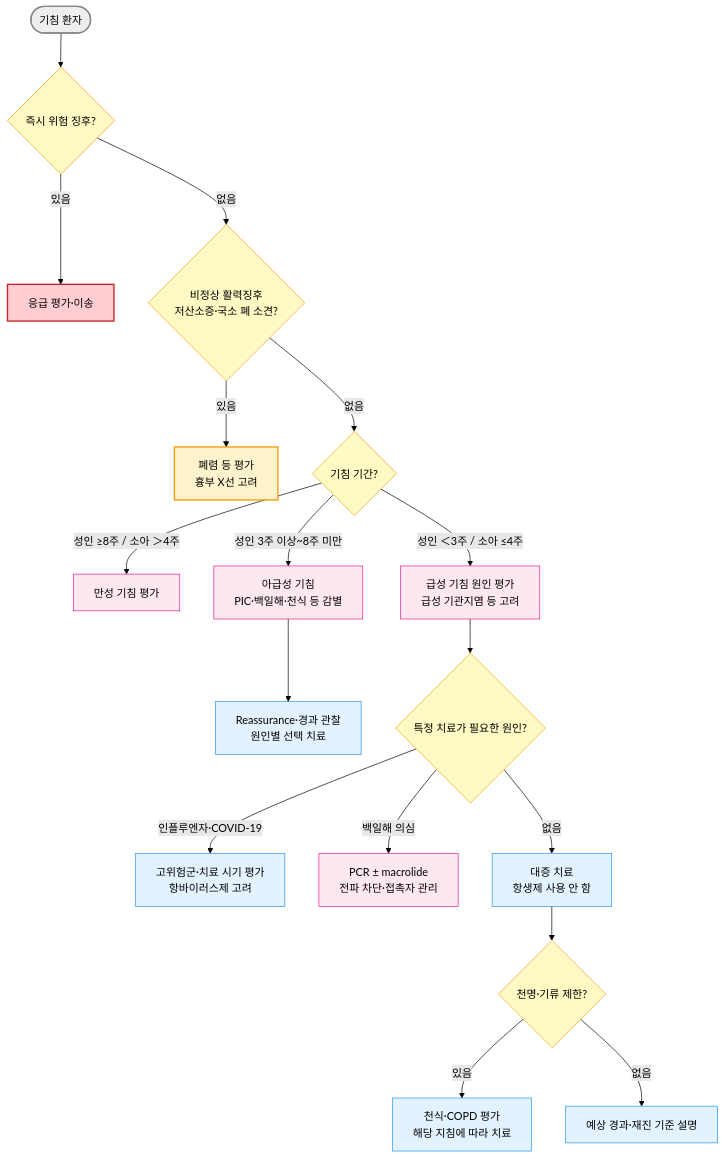
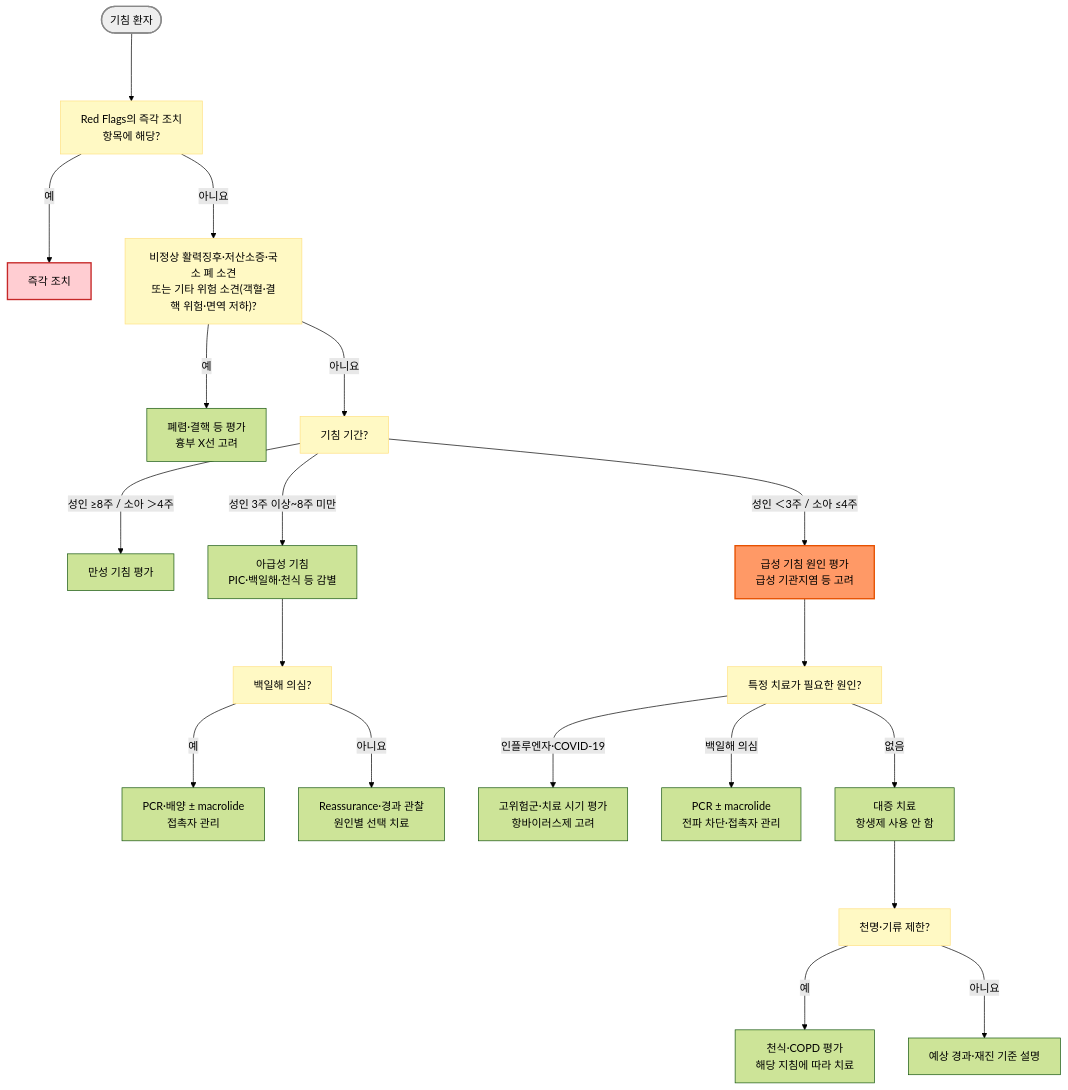
The diagram in 223_/066_-acute-bronchitis.md (familyoh77/familyoh77), drawn with Mermaid (forest theme) before and after one commit. The commit also changed other lines of this file, not shown here.

````diff
--- a/223_/066_-acute-bronchitis.md
+++ b/223_/066_-acute-bronchitis.md
@@ -108,29 +107,27 @@
 ```mermaid
-graph TD
-    A([기침 환자]) --> B{즉시 위험 징후?}
-    B -- "있음" --> C[응급 평가·이송]
-    B -- "없음" --> D{비정상 활력징후<br/>저산소증·국소 폐 소견?}
-    D -- "있음" --> E[폐렴 등 평가<br/>흉부 X선 고려]
-    D -- "없음" --> F{기침 기간?}
-    F -- "성인 ≥8주 / 소아 ＞4주" --> CC[만성 기침 평가]
-    F -- "성인 3주 이상~8주 미만" --> PIC[아급성 기침<br/>PIC·백일해·천식 등 감별]
-    F -- "성인 ＜3주 / 소아 ≤4주" --> G[급성 기침 원인 평가<br/>급성 기관지염 등 고려]
-    PIC --> PIC2[Reassurance·경과 관찰<br/>원인별 선택 치료]
-    G --> H{특정 치료가 필요한 원인?}
-    H -- "인플루엔자·COVID-19" --> AV[고위험군·치료 시기 평가<br/>항바이러스제 고려]
-    H -- "백일해 의심" --> P[PCR ± macrolide<br/>전파 차단·접촉자 관리]
-    H -- "없음" --> SUP[대증 치료<br/>항생제 사용 안 함]
-    SUP --> SX{천명·기류 제한?}
-    SX -- "있음" --> AIR[천식·COPD 평가<br/>해당 지침에 따라 치료]
-    SX -- "없음" --> FU[예상 경과·재진 기준 설명]
-style A fill:#eeeeee,stroke:#888888,stroke-width:2px
-classDef yellow fill:#fff9c4,stroke:#f39c12
-class B,D,F,H,SX yellow
-classDef pink fill:#fde8f0,stroke:#e91e8c
-class CC,PIC,G,P pink
-classDef sky fill:#e3f2ff,stroke:#2196f3
-class PIC2,AV,SUP,AIR,FU sky
+flowchart TD
+    A(["기침 환자"]) ---> B["Red Flags의 즉각 조치<br/>항목에 해당?"]
+    B -- "예" ---> C["즉각 조치"]
+    B -- "아니요" ---> D["비정상 활력징후·저산소증·국소 폐 소견<br/>또는 기타 위험 소견(객혈·결핵 위험·면역 저하)?"]
+    D -- "예" ---> E["폐렴·결핵 등 평가<br/>흉부 X선 고려"]
+    D -- "아니요" ---> F["기침 기간?"]
+    F -- "성인 ≥8주 / 소아 ＞4주" ---> CC["만성 기침 평가"]
+    F -- "성인 3주 이상~8주 미만" ---> PIC["아급성 기침<br/>PIC·백일해·천식 등 감별"]
+    F -- "성인 ＜3주 / 소아 ≤4주" ---> G["급성 기침 원인 평가<br/>급성 기관지염 등 고려"]
+    PIC ---> PH["백일해 의심?"]
+    PH -- "예" ---> P2["PCR·배양 ± macrolide<br/>접촉자 관리"]
+    PH -- "아니요" ---> PIC2["Reassurance·경과 관찰<br/>원인별 선택 치료"]
+    G ---> H["특정 치료가 필요한 원인?"]
+    H -- "인플루엔자·COVID-19" ---> AV["고위험군·치료 시기 평가<br/>항바이러스제 고려"]
+    H -- "백일해 의심" ---> P["PCR ± macrolide<br/>전파 차단·접촉자 관리"]
+    H -- "없음" ---> SUP["대증 치료<br/>항생제 사용 안 함"]
+    SUP ---> SX["천명·기류 제한?"]
+    SX -- "예" ---> AIR["천식·COPD 평가<br/>해당 지침에 따라 치료"]
+    SX -- "아니요" ---> FU["예상 경과·재진 기준 설명"]
+
+    classDef question fill:#fff9c4,stroke:#ffe082
+    class B,D,F,H,SX,PH question
+    style A fill:#eeeeee,stroke:#888888,stroke-width:2px
+    style G fill:#f96,stroke:#e65100,stroke-width:2px
     style C fill:#ffcdd2,stroke:#c62828,stroke-width:2px
-    style E fill:#fff3cd,stroke:#f39c12,stroke-width:2px
-
 ```
````
